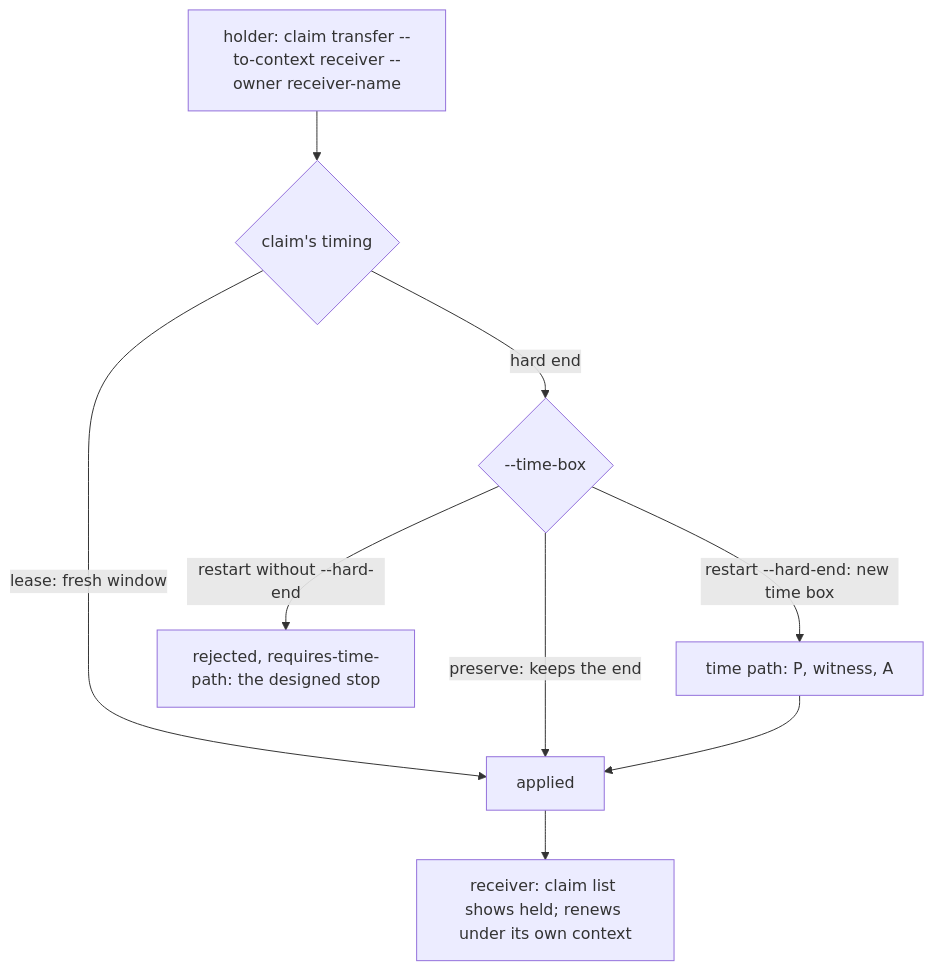
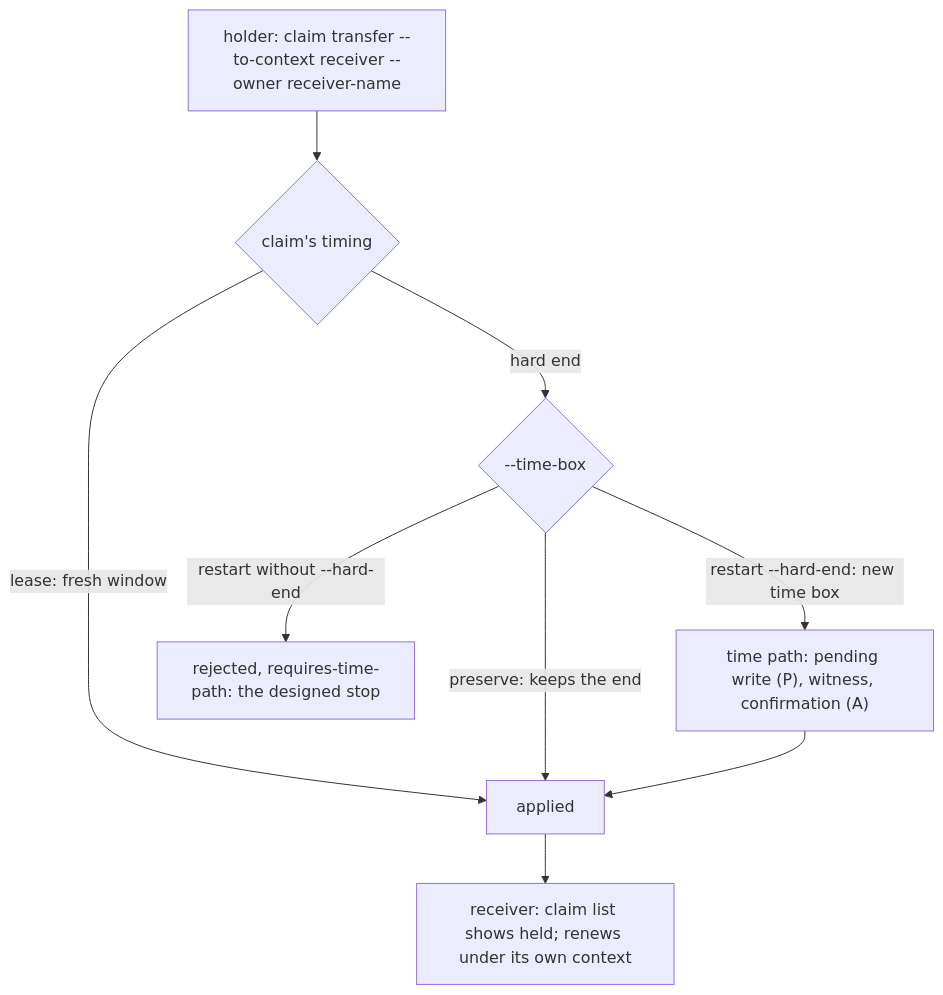
Before and after one commit to lunetics/Backlog.md: the third of 6 diagrams in docs/claims/WORKFLOWS.md, drawn with Mermaid. The commit also changed 5 other files, not shown here.

First line of the commit message:
claims: name the time-path steps and translate the report package titles

````diff
--- a/docs/claims/WORKFLOWS.md
+++ b/docs/claims/WORKFLOWS.md
@@ -87,11 +87,11 @@
 ```mermaid
 flowchart TD
     holder["holder: claim transfer --to-context receiver --owner receiver-name"] --> timing{"claim's timing"}
     timing -->|lease: fresh window| applied["applied"]
     timing -->|hard end| tb{"--time-box"}
     tb -->|preserve: keeps the end| applied
-    tb -->|"restart --hard-end: new time box"| path["time path: P, witness, A"]
+    tb -->|"restart --hard-end: new time box"| path["time path: pending write (P), witness, confirmation (A)"]
     path --> applied
     tb -->|"restart without --hard-end"| rejected["rejected, requires-time-path: the designed stop"]
     applied --> receiver["receiver: claim list shows held; renews under its own context"]
 ```
````
